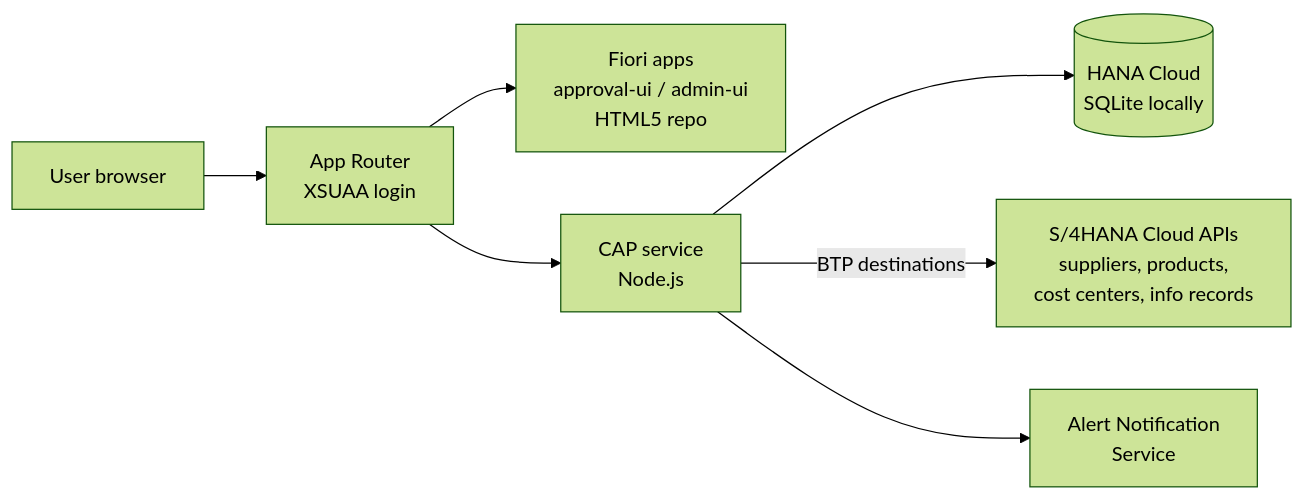
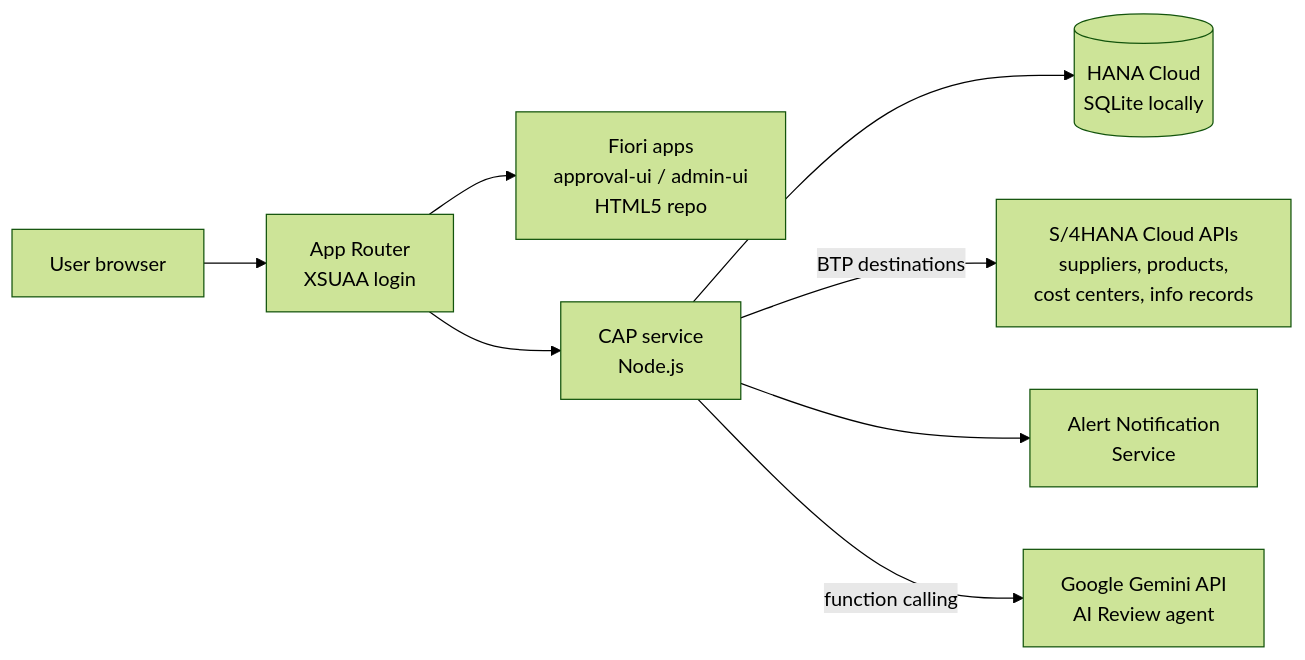
The first of 5 diagrams in README.md (simranjit02/enterprise-approval-workflow), drawn with Mermaid (forest theme) before and after one commit. The commit also changed other lines of this file and 12 other files, not shown here.

Commit message:
Add Gemini AI Review agent with saved reviews and AI-suggested reject comments

````diff
--- a/README.md
+++ b/README.md
@@ -21,9 +22,10 @@
 ```mermaid
 flowchart LR
     U[User browser] --> R[App Router<br/>XSUAA login]
     R --> UI[Fiori apps<br/>approval-ui / admin-ui<br/>HTML5 repo]
     R --> S[CAP service<br/>Node.js]
     S --> DB[(HANA Cloud<br/>SQLite locally)]
     S -->|BTP destinations| S4[S/4HANA Cloud APIs<br/>suppliers, products,<br/>cost centers, info records]
     S --> ANS[Alert Notification<br/>Service]
+    S -->|function calling| AI[Google Gemini API<br/>AI Review agent]
 ```
````
